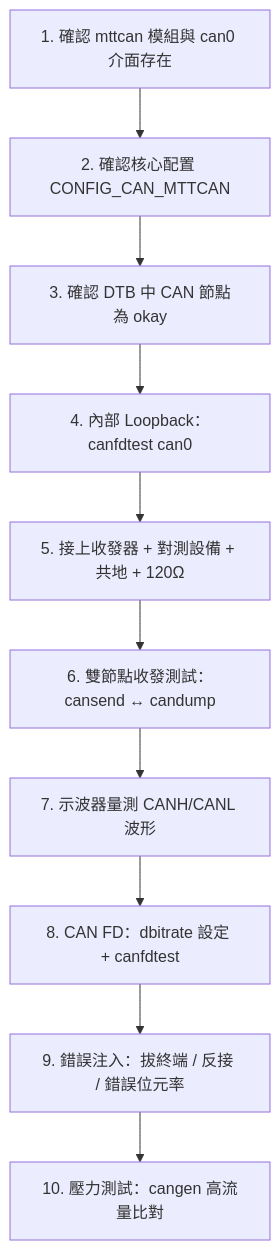
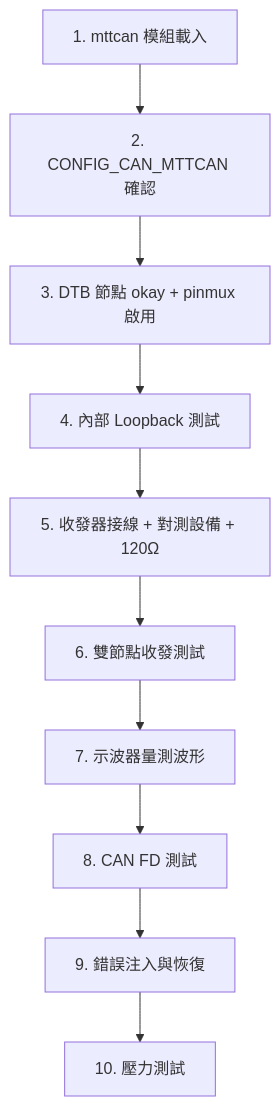
One commit to stanleyh07/opendoc changed the second of 2 diagrams in doc/01-開發技術/嵌入式開發/平台/NVIDIA/Jetson mttcan CAN 驗證指南.md. Above: the diagram before and after it, drawn with Mermaid. The commit also changed other lines of this file and 1 other file, not shown here.

First line of the commit message:
CAN 文件更新：加入錯誤狀態機與 restart-ms/pinmux 檢查

````diff
--- a/doc/01-開發技術/嵌入式開發/平台/NVIDIA/Jetson mttcan CAN 驗證指南.md
+++ b/doc/01-開發技術/嵌入式開發/平台/NVIDIA/Jetson mttcan CAN 驗證指南.md
@@ -212,12 +311,12 @@
 ```mermaid
 flowchart TD
-    A[1. 確認 mttcan 模組與 can0 介面存在] --> B[2. 確認核心配置 CONFIG_CAN_MTTCAN]
-    B --> C[3. 確認 DTB 中 CAN 節點為 okay]
-    C --> D[4. 內部 Loopback：canfdtest can0]
-    D --> E[5. 接上收發器 + 對測設備 + 共地 + 120Ω]
-    E --> F[6. 雙節點收發測試：cansend ↔ candump]
-    F --> G[7. 示波器量測 CANH/CANL 波形]
-    G --> H[8. CAN FD：dbitrate 設定 + canfdtest]
-    H --> I[9. 錯誤注入：拔終端 / 反接 / 錯誤位元率]
-    I --> J[10. 壓力測試：cangen 高流量比對]
+    A[1. mttcan 模組載入] --> B[2. CONFIG_CAN_MTTCAN 確認]
+    B --> C[3. DTB 節點 okay + pinmux 啟用]
+    C --> D[4. 內部 Loopback 測試]
+    D --> E[5. 收發器接線 + 對測設備 + 120Ω]
+    E --> F[6. 雙節點收發測試]
+    F --> G[7. 示波器量測波形]
+    G --> H[8. CAN FD 測試]
+    H --> I[9. 錯誤注入與恢復]
+    I --> J[10. 壓力測試]
 ```
````
